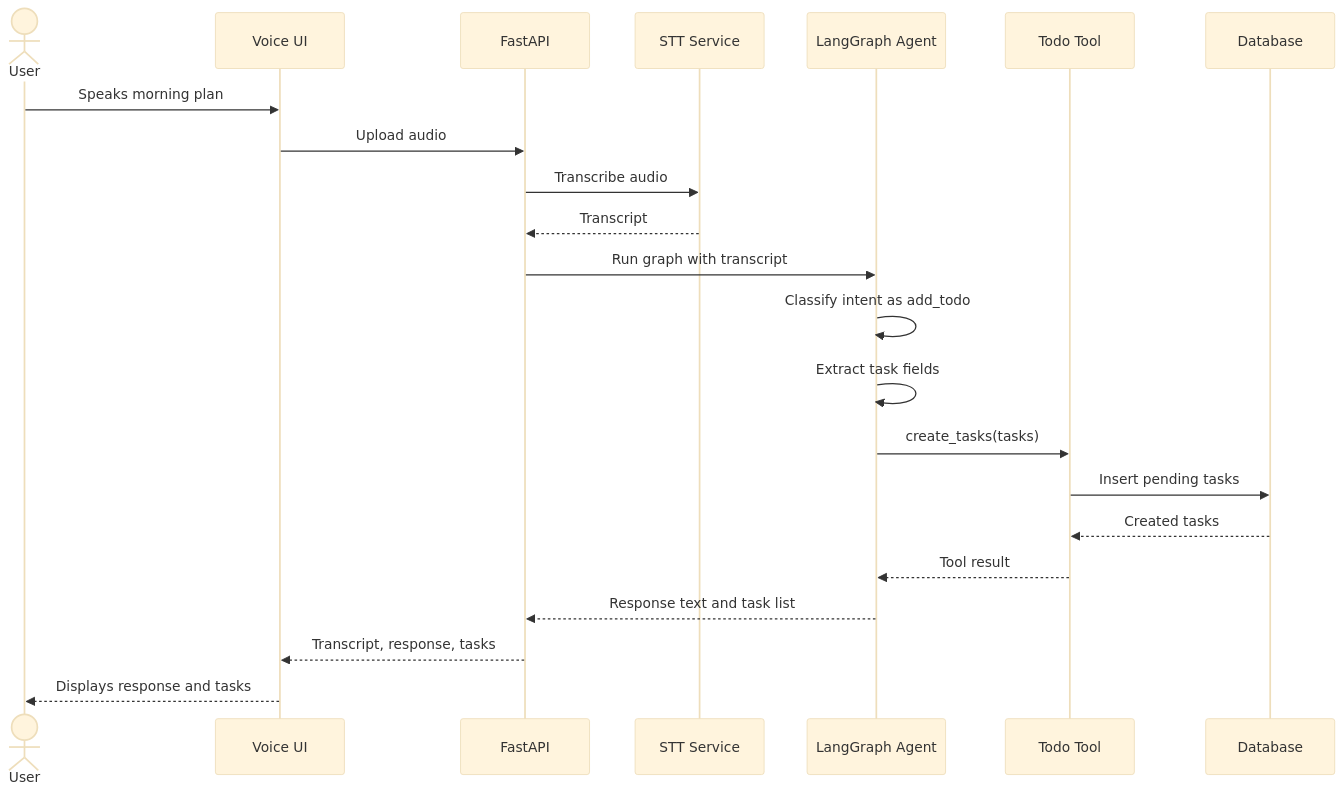
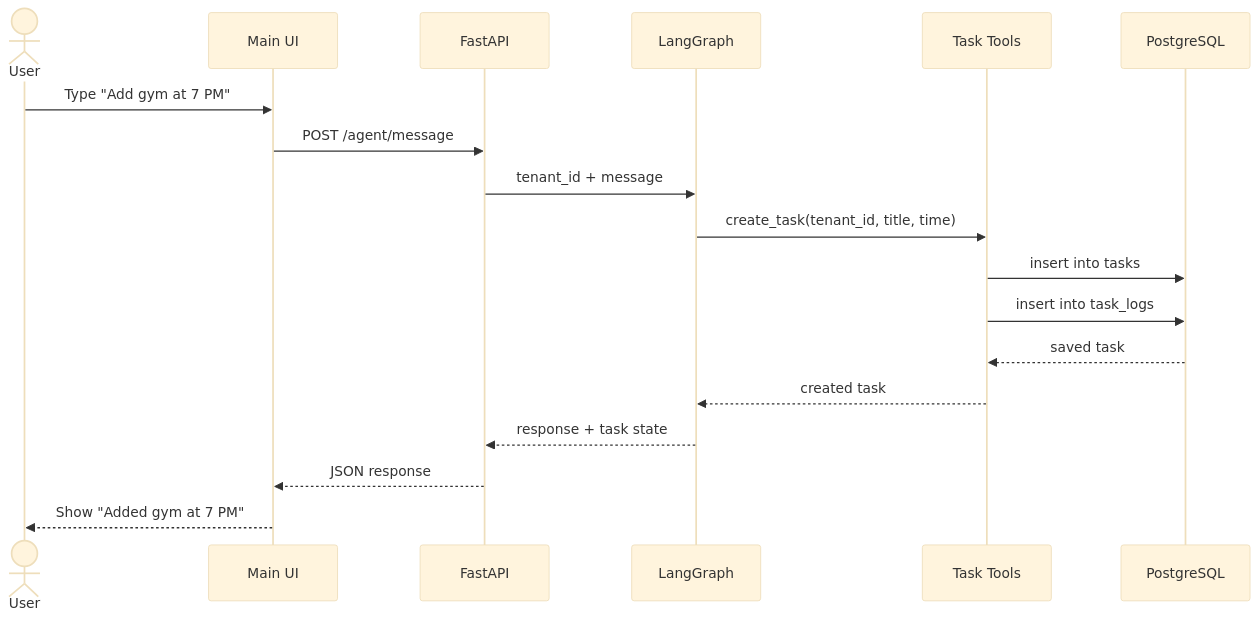
One commit to nishathmnha/langgraph-voice-agent changed the diagram in diagrams/05_sequence_add_todo.mmd. Above: the diagram before and after it, drawn with Mermaid (base theme). The commit also changed 58 other files, not shown here.

```diff
--- a/diagrams/05_sequence_add_todo.mmd
+++ b/diagrams/05_sequence_add_todo.mmd
@@ -1,23 +1,19 @@
 sequenceDiagram
     actor User
-    participant UI as Voice UI
+    participant UI as Main UI
     participant API as FastAPI
-    participant STT as STT Service
-    participant Graph as LangGraph Agent
-    participant Tool as Todo Tool
-    participant DB as Database
+    participant Graph as LangGraph
+    participant Tool as Task Tools
+    participant DB as PostgreSQL
 
-    User->>UI: Speaks morning plan
-    UI->>API: Upload audio
-    API->>STT: Transcribe audio
-    STT-->>API: Transcript
-    API->>Graph: Run graph with transcript
-    Graph->>Graph: Classify intent as add_todo
-    Graph->>Graph: Extract task fields
-    Graph->>Tool: create_tasks(tasks)
-    Tool->>DB: Insert pending tasks
-    DB-->>Tool: Created tasks
-    Tool-->>Graph: Tool result
-    Graph-->>API: Response text and task list
-    API-->>UI: Transcript, response, tasks
-    UI-->>User: Displays response and tasks
+    User->>UI: Type "Add gym at 7 PM"
+    UI->>API: POST /agent/message
+    API->>Graph: tenant_id + message
+    Graph->>Tool: create_task(tenant_id, title, time)
+    Tool->>DB: insert into tasks
+    Tool->>DB: insert into task_logs
+    DB-->>Tool: saved task
+    Tool-->>Graph: created task
+    Graph-->>API: response + task state
+    API-->>UI: JSON response
+    UI-->>User: Show "Added gym at 7 PM"
```
